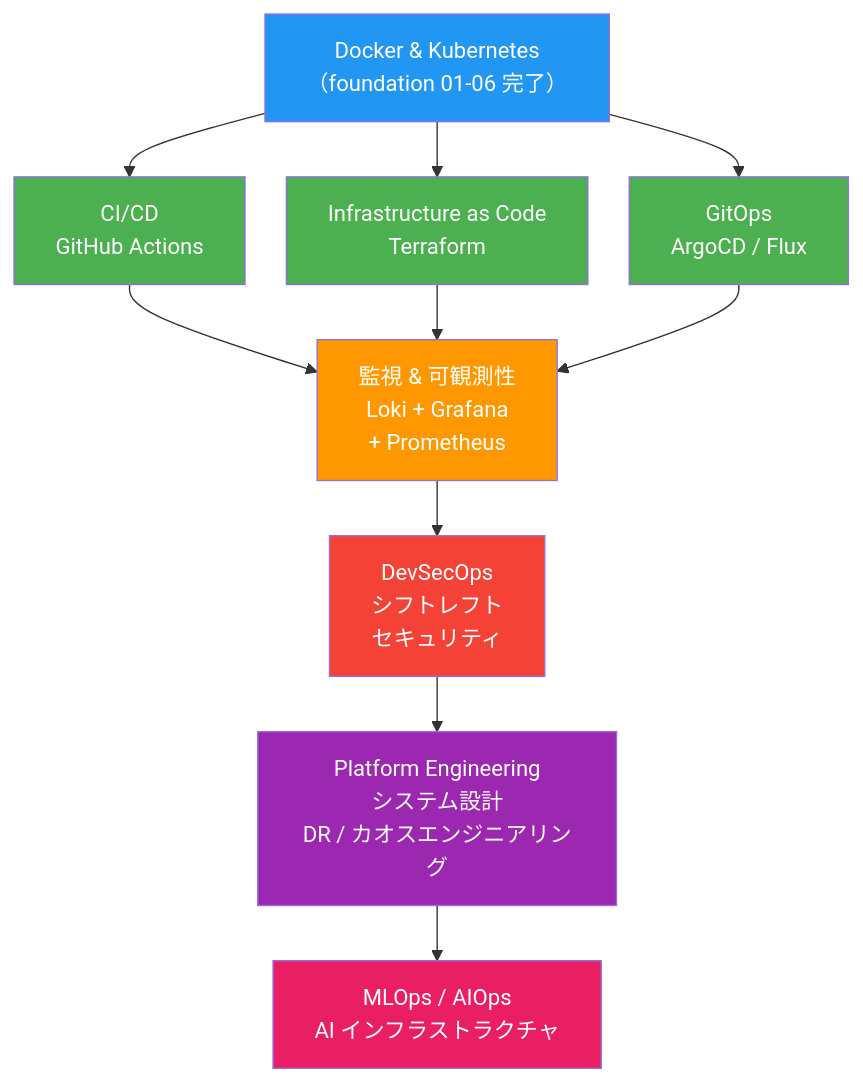
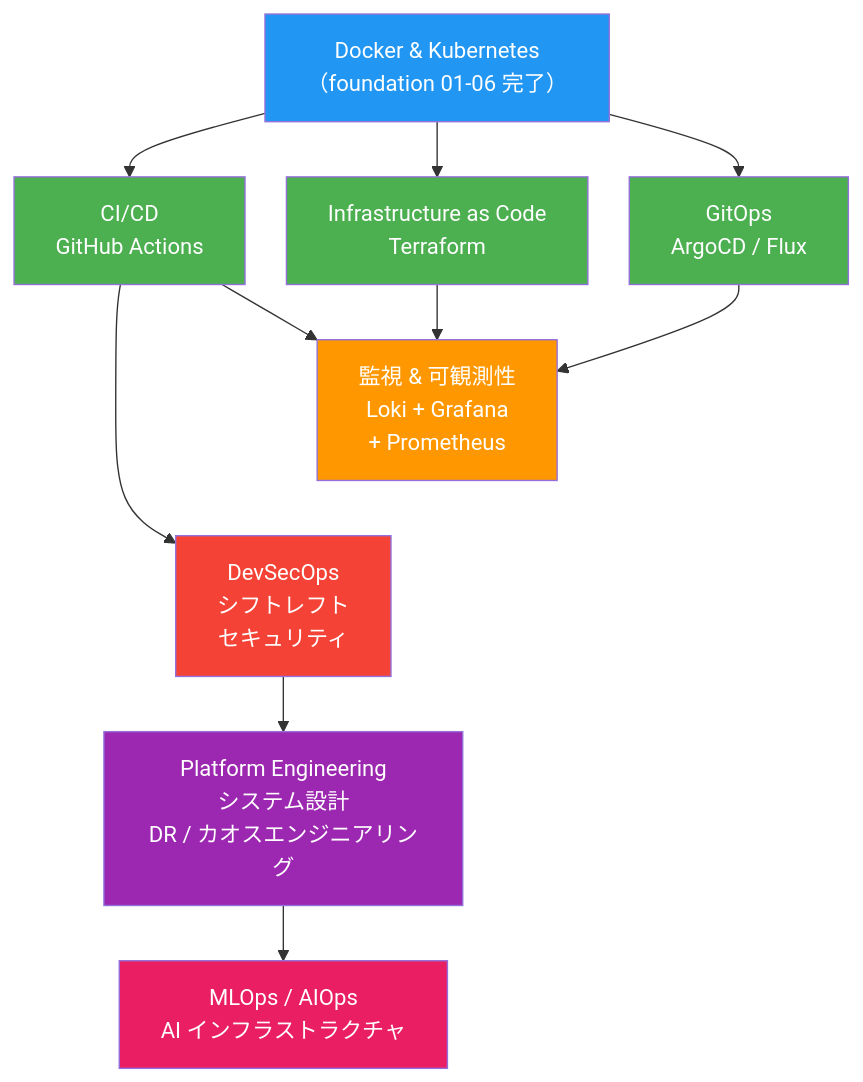
One commit to HayatoToyoda/DK changed the second of 4 diagrams in foundation/07-devops-roadmap/README.md. Above: the diagram before and after it, drawn with Mermaid. The commit also changed other lines of this file and 8 other files, not shown here.

````diff
--- a/foundation/07-devops-roadmap/README.md
+++ b/foundation/07-devops-roadmap/README.md
@@ -36,28 +38,29 @@
 ```mermaid
 %%{init: {'flowchart': {'nodeSpacing': 30, 'rankSpacing': 40}}}%%
 flowchart TB
     Start["Docker & Kubernetes<br/>（foundation 01-06 完了）"]
 
     Start --> CI["CI/CD<br/>GitHub Actions"]
     Start --> IaC["Infrastructure as Code<br/>Terraform"]
     Start --> GitOps["GitOps<br/>ArgoCD / Flux"]
 
     CI --> Monitor["監視 & 可観測性<br/>Loki + Grafana<br/>+ Prometheus"]
     IaC --> Monitor
     GitOps --> Monitor
 
-    Monitor --> Security["DevSecOps<br/>シフトレフト<br/>セキュリティ"]
+    CI --> Security["DevSecOps<br/>シフトレフト<br/>セキュリティ"]
+    Monitor ~~~ Security
 
     Security --> Platform["Platform Engineering<br/>システム設計<br/>DR / カオスエンジニアリング"]
 
     Platform --> AIML["MLOps / AIOps<br/>AI インフラストラクチャ"]
 
     style Start fill:#2196F3,color:#fff
     style CI fill:#4CAF50,color:#fff
     style IaC fill:#4CAF50,color:#fff
     style GitOps fill:#4CAF50,color:#fff
     style Monitor fill:#FF9800,color:#fff
     style Security fill:#F44336,color:#fff
     style Platform fill:#9C27B0,color:#fff
     style AIML fill:#E91E63,color:#fff
 ```
````
